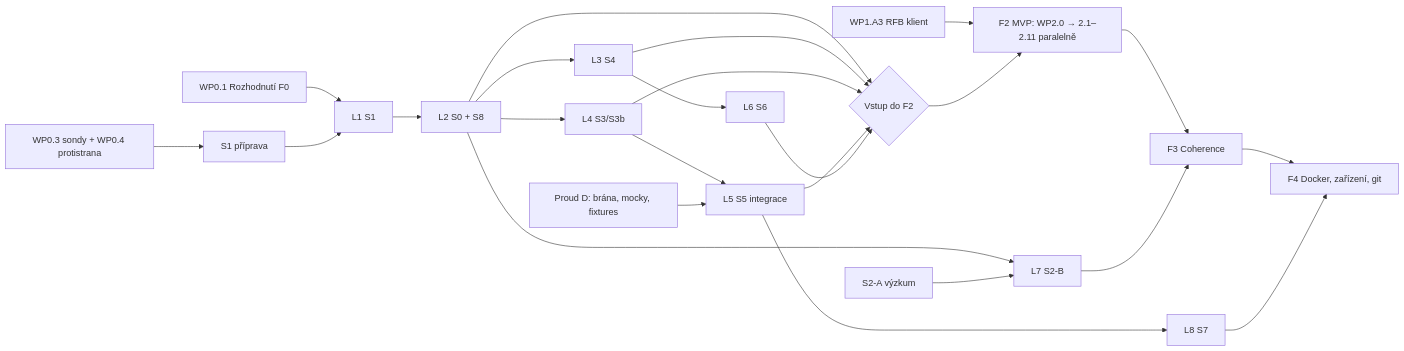
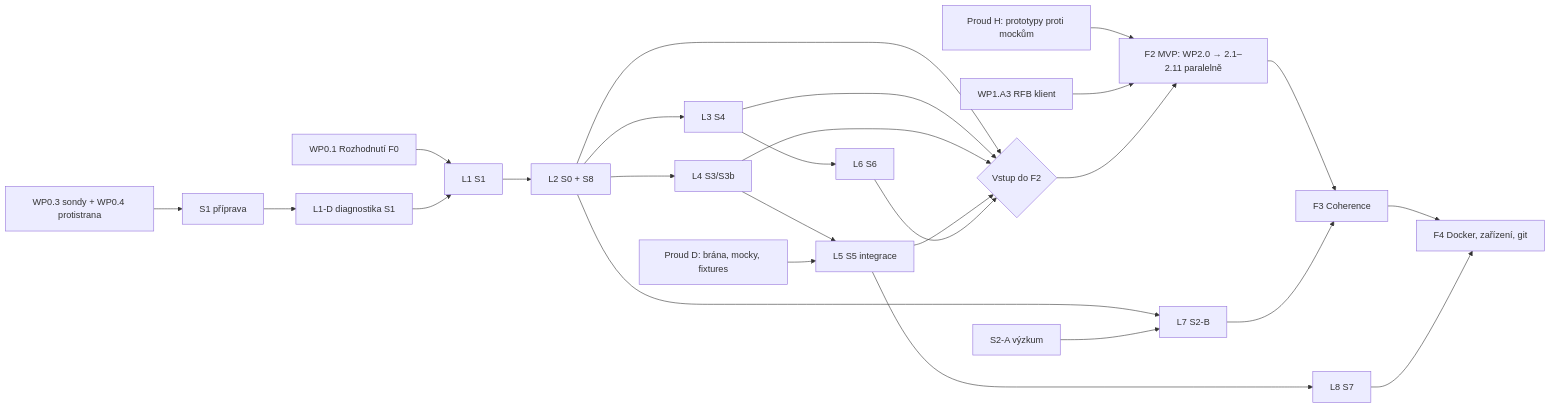
The diagram in docs/IMPLEMENTATION.md (Fir3st/sanjbox), drawn with Mermaid before and after one commit. The commit also changed other lines of this file and 2 other files, not shown here.

````diff
--- a/docs/IMPLEMENTATION.md
+++ b/docs/IMPLEMENTATION.md
@@ -200,21 +274,22 @@
 ```mermaid
 flowchart LR
   F0[WP0.1 Rozhodnutí F0] --> L1
-  K[WP0.3 sondy + WP0.4 protistrana] --> A1[S1 příprava] --> L1[L1 S1]
+  K[WP0.3 sondy + WP0.4 protistrana] --> A1[S1 příprava] --> LD[L1-D diagnostika S1] --> L1[L1 S1]
   L1 --> L2[L2 S0 + S8]
+  H[Proud H: prototypy proti mockům] --> F2
   L2 --> L3[L3 S4]
   L2 --> L4[L4 S3/S3b]
   L4 --> L5[L5 S5 integrace]
   L3 --> L6[L6 S6]
   L2 --> L7[L7 S2-B]
   L5 --> L8[L8 S7]
   D[Proud D: brána, mocky, fixtures] --> L5
   F1[S2-A výzkum] --> L7
   R[WP1.A3 RFB klient] --> F2
   L2 & L3 & L4 & L5 & L6 --> G{Vstup do F2}
   G --> F2[F2 MVP: WP2.0 → 2.1–2.11 paralelně]
   F2 --> F3[F3 Coherence]
   L7 --> F3
   F3 --> F4[F4 Docker, zařízení, git]
   L8 --> F4
 ```
````
